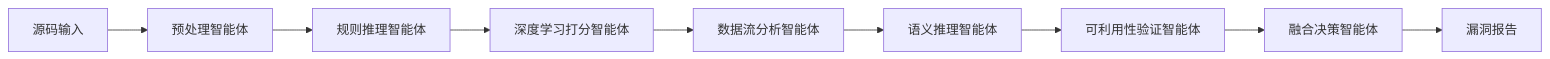
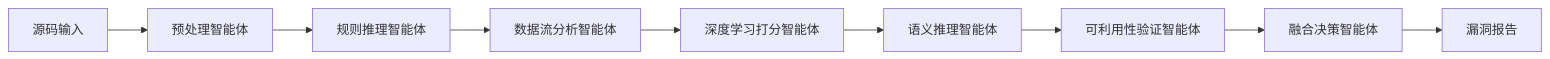
Before and after one commit to jdytwagn/Agent-vuln-detector: the second of 2 diagrams in docs/architecture.md, drawn with Mermaid. The commit also changed other lines of this file and 38 other files, not shown here.

````diff
--- a/docs/architecture.md
+++ b/docs/architecture.md
@@ -17,11 +17,11 @@
 ```mermaid
 flowchart LR
   Source["源码输入"] --> Pre["预处理智能体"]
   Pre --> Rule["规则推理智能体"]
-  Rule --> Model["深度学习打分智能体"]
-  Model --> Flow["数据流分析智能体"]
-  Flow --> Semantic["语义推理智能体"]
+  Rule --> Flow["数据流分析智能体"]
+  Flow --> Model["深度学习打分智能体"]
+  Model --> Semantic["语义推理智能体"]
   Semantic --> Exploit["可利用性验证智能体"]
   Exploit --> Fusion["融合决策智能体"]
   Fusion --> Report["漏洞报告"]
 ```
````
